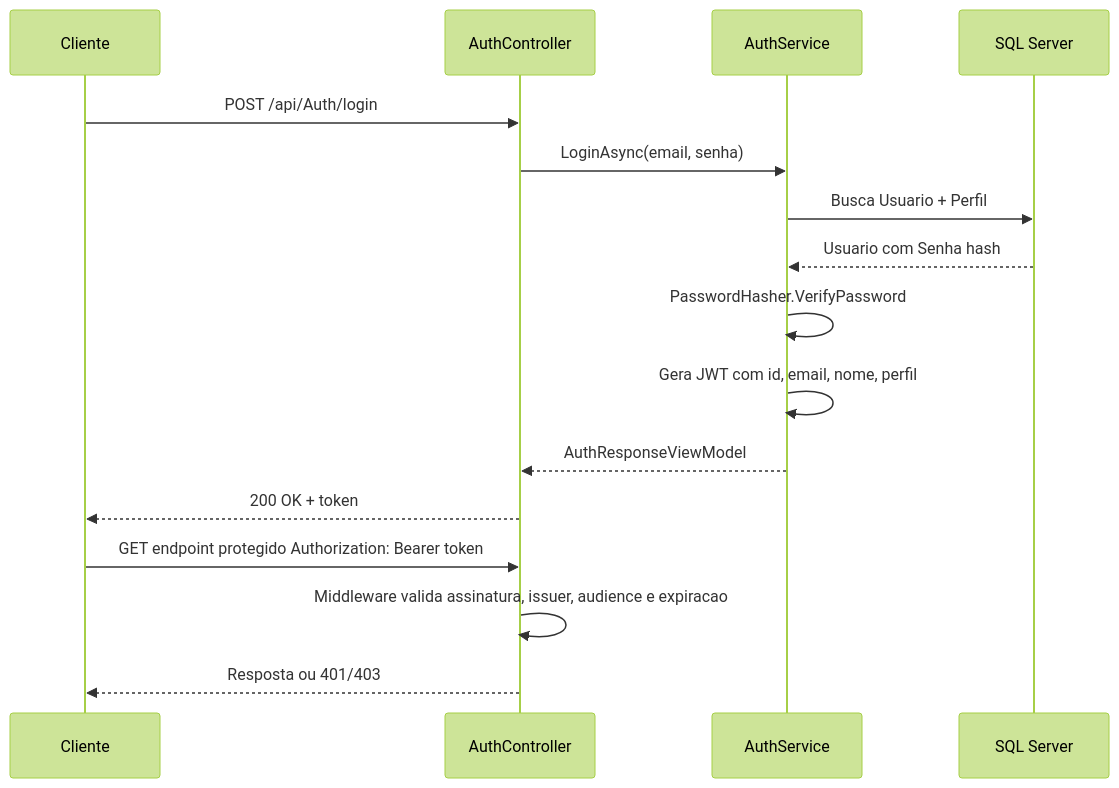
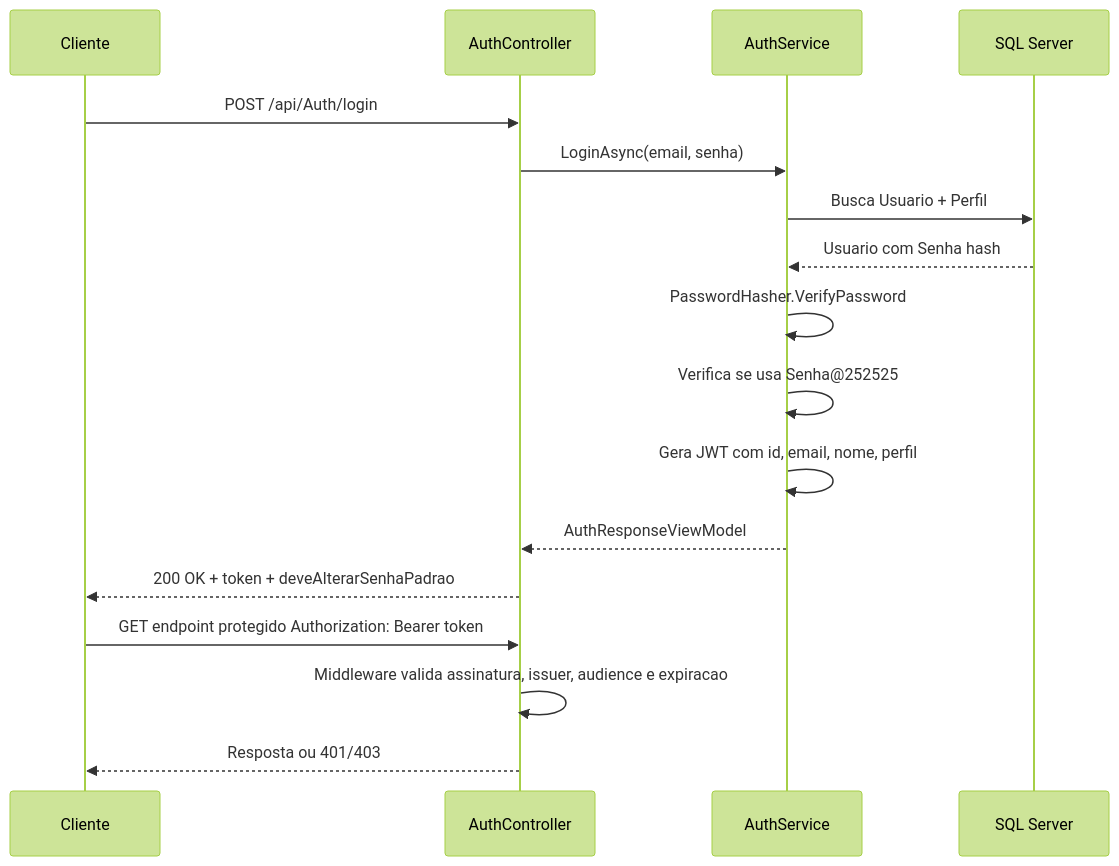
The second of 5 diagrams in docs/backend-tecnico.md (george-marcone/SPA-Vue), drawn with Mermaid (forest theme) before and after one commit. The commit also changed other lines of this file and 35 other files, not shown here.

````diff
--- a/docs/backend-tecnico.md
+++ b/docs/backend-tecnico.md
@@ -64,19 +64,20 @@
 ```mermaid
 sequenceDiagram
     participant C as Cliente
     participant A as AuthController
     participant S as AuthService
     participant DB as SQL Server
 
     C->>A: POST /api/Auth/login
     A->>S: LoginAsync(email, senha)
     S->>DB: Busca Usuario + Perfil
     DB-->>S: Usuario com Senha hash
     S->>S: PasswordHasher.VerifyPassword
+    S->>S: Verifica se usa Senha@252525
     S->>S: Gera JWT com id, email, nome, perfil
     S-->>A: AuthResponseViewModel
-    A-->>C: 200 OK + token
+    A-->>C: 200 OK + token + deveAlterarSenhaPadrao
     C->>A: GET endpoint protegido Authorization: Bearer token
     A->>A: Middleware valida assinatura, issuer, audience e expiracao
     A-->>C: Resposta ou 401/403
 ```
````
